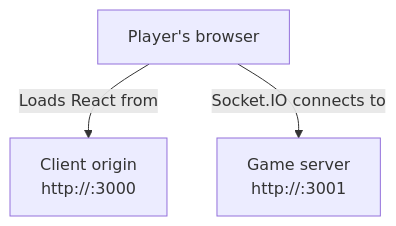
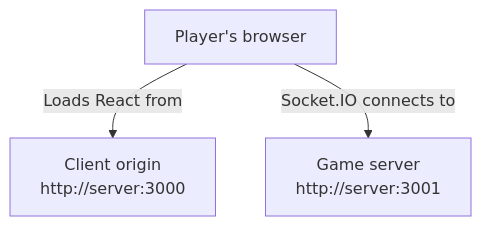
Before and after one commit to Gearsik/madiao: the second of 4 diagrams in docs/runbook/first-time-setup.md, drawn with Mermaid. The commit also changed other lines of this file and 16 other files, not shown here.

````diff
--- a/docs/runbook/first-time-setup.md
+++ b/docs/runbook/first-time-setup.md
@@ -208,9 +259,9 @@
 ```mermaid
 flowchart TD
     Browser["Player's browser"]
-    Client["Client origin<br/>http://<server-address>:3000"]
-    Server["Game server<br/>http://<server-address>:3001"]
+    Client["Client origin<br/>http://server:3000"]
+    Server["Game server<br/>http://server:3001"]
 
     Browser -->|"Loads React from"| Client
     Browser -->|"Socket.IO connects to"| Server
 ```
````
